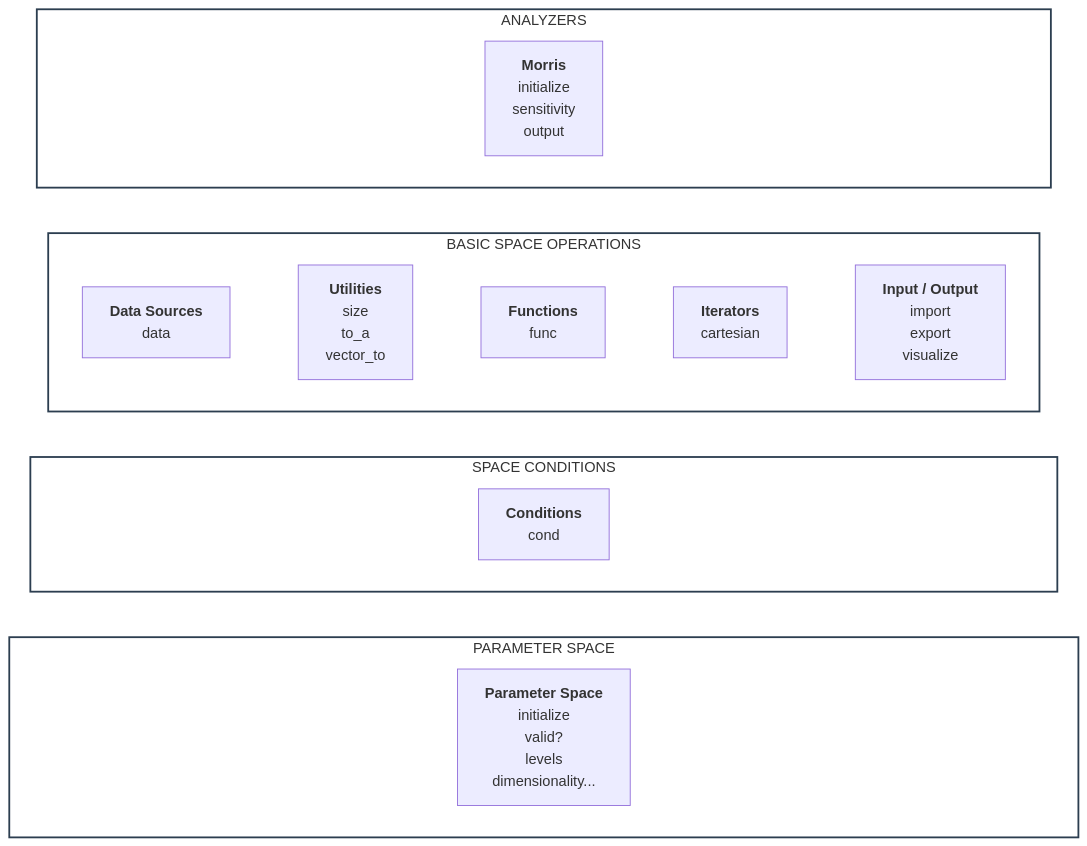
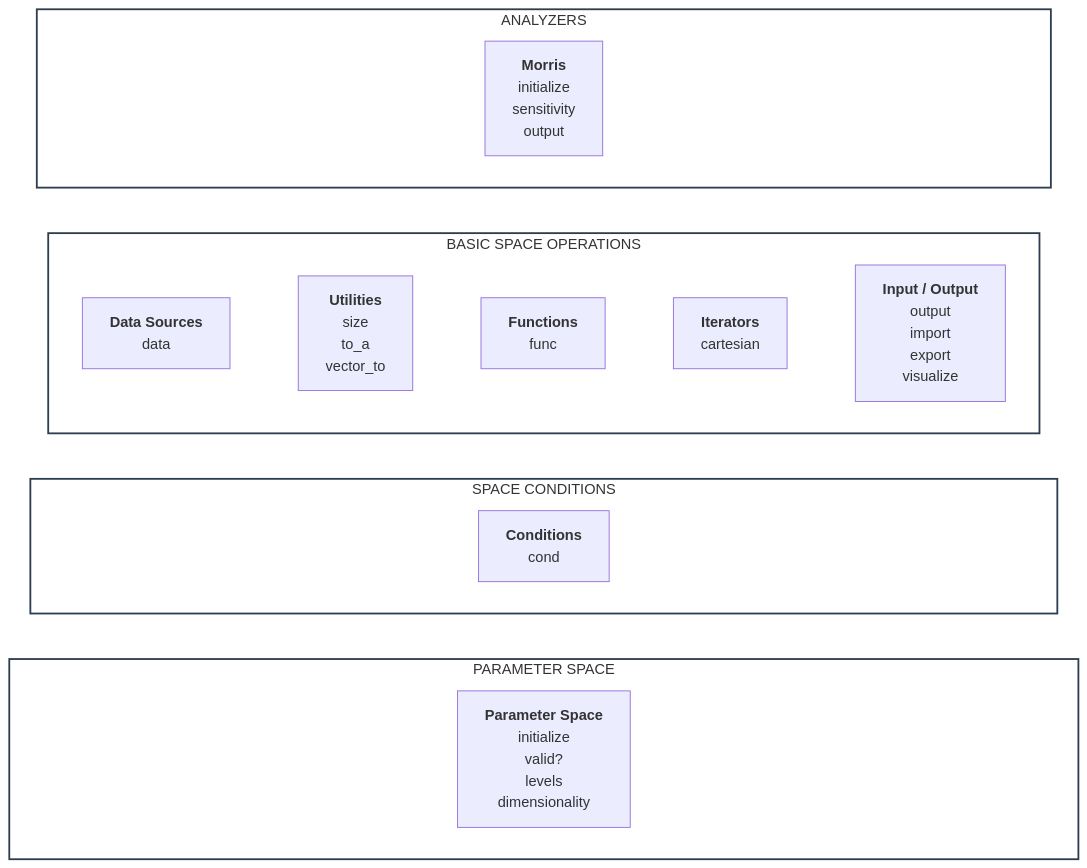
One commit to Yuri-Rassokhin/flex-cartesian changed the diagram in docs/api/api.md. Above: the diagram before and after it, drawn with Mermaid.

Commit message:
updated: API documentation

````diff
--- a/docs/api/api.md
+++ b/docs/api/api.md
@@ -1,31 +1,31 @@
 ```mermaid
 flowchart TB
     classDef layer fill:#ffffff,stroke:#2c3e50,stroke-width:2px;
     classDef ghost fill:transparent,stroke:transparent,color:transparent;
 
     subgraph Analyzers ["ANALYZERS"]
         direction LR
         gA1["xxxxxxxxxxxxxxxxxxxxxxxxxxxxxxxxxxxxxxxx"]:::ghost ~~~ M["<b>Morris</b><br/>initialize<br/>sensitivity<br/>output"] ~~~ gA2["xxxxxxxxxxxxxxxxxxxxxxxxxxxxxxxxxxxxxxxx"]:::ghost
     end
 
     subgraph Core ["BASIC SPACE OPERATIONS"]
         direction LR
-        DS["<b>Data Sources</b><br/>data"] ~~~ UT["<b>Utilities</b><br/>size<br/>to_a<br/>vector_to"] ~~~ FN["<b>Functions</b><br/>func"] ~~~ IT["<b>Iterators</b><br/>cartesian"] ~~~ IO["<b>Input / Output</b><br/>import<br/>export<br/>visualize"]
+        DS["<b>Data Sources</b><br/>data"] ~~~ UT["<b>Utilities</b><br/>size<br/>to_a<br/>vector_to"] ~~~ FN["<b>Functions</b><br/>func"] ~~~ IT["<b>Iterators</b><br/>cartesian"] ~~~ IO["<b>Input / Output</b><br/>output<br/>import<br/>export<br/>visualize"]
     end
 
     subgraph Cond ["SPACE CONDITIONS"]
         direction LR
         gC1["xxxxxxxxxxxxxxxxxxxxxxxxxxxxxxxxxxxxxxxx"]:::ghost ~~~ C["<b>Conditions</b><br/>cond"] ~~~ gC2["xxxxxxxxxxxxxxxxxxxxxxxxxxxxxxxxxxxxxxxx"]:::ghost
     end
 
     subgraph Params ["PARAMETER SPACE"]
         direction LR
-        gP1["xxxxxxxxxxxxxxxxxxxxxxxxxxxxxxxxxxxxxxxx"]:::ghost ~~~ PS["<b>Parameter Space</b><br/>initialize<br/>valid?<br/>levels<br/>dimensionality..."] ~~~ gP2["xxxxxxxxxxxxxxxxxxxxxxxxxxxxxxxxxxxxxxxx"]:::ghost
+        gP1["xxxxxxxxxxxxxxxxxxxxxxxxxxxxxxxxxxxxxxxx"]:::ghost ~~~ PS["<b>Parameter Space</b><br/>initialize<br/>valid?<br/>levels<br/>dimensionality"] ~~~ gP2["xxxxxxxxxxxxxxxxxxxxxxxxxxxxxxxxxxxxxxxx"]:::ghost
     end
 
     Analyzers ~~~ Core
     Core ~~~ Cond
     Cond ~~~ Params
 
     class Analyzers,Core,Cond,Params layer;
 ```
````
